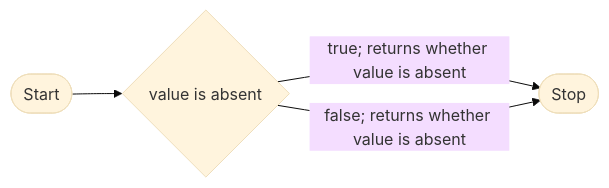
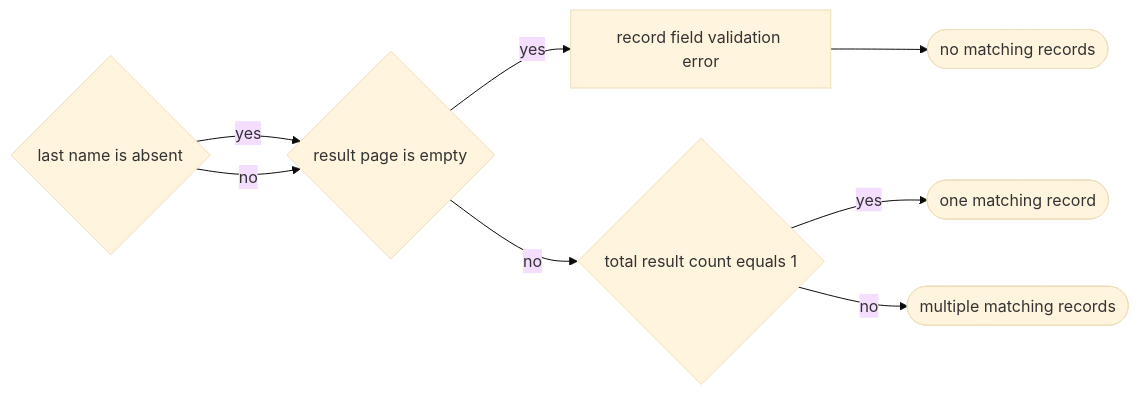
One commit to Gepardec/businesstracing changed the first of 3 diagrams in conformance/spring-petclinic/conformance-report.md. Above: the diagram before and after it, drawn with Mermaid (base theme). The commit also changed other lines of this file and 33 other files, not shown here.

Commit message:
test: add PetClinic business graph conformance

````diff
--- a/conformance/spring-petclinic/conformance-report.md
+++ b/conformance/spring-petclinic/conformance-report.md
@@ -17,9 +15,17 @@
 ```mermaid
 flowchart LR
-    n1(["Start"])
-    n2{"value is absent"}
-    n3(["Stop"])
-    n1 --> n2
-    n2 -->|"true; returns whether value is absent"| n3
-    n2 -->|"false; returns whether value is absent"| n3
+    n1{"last name is absent"}
+    n2{"result page is empty"}
+    n3["record field validation error"]
+    n4{"total result count equals 1"}
+    n5(["no matching records"])
+    n6(["one matching record"])
+    n7(["multiple matching records"])
+    n1 -->|"yes"| n2
+    n1 -->|"no"| n2
+    n2 -->|"yes"| n3
+    n2 -->|"no"| n4
+    n3 --> n5
+    n4 -->|"yes"| n6
+    n4 -->|"no"| n7
 ```
````
